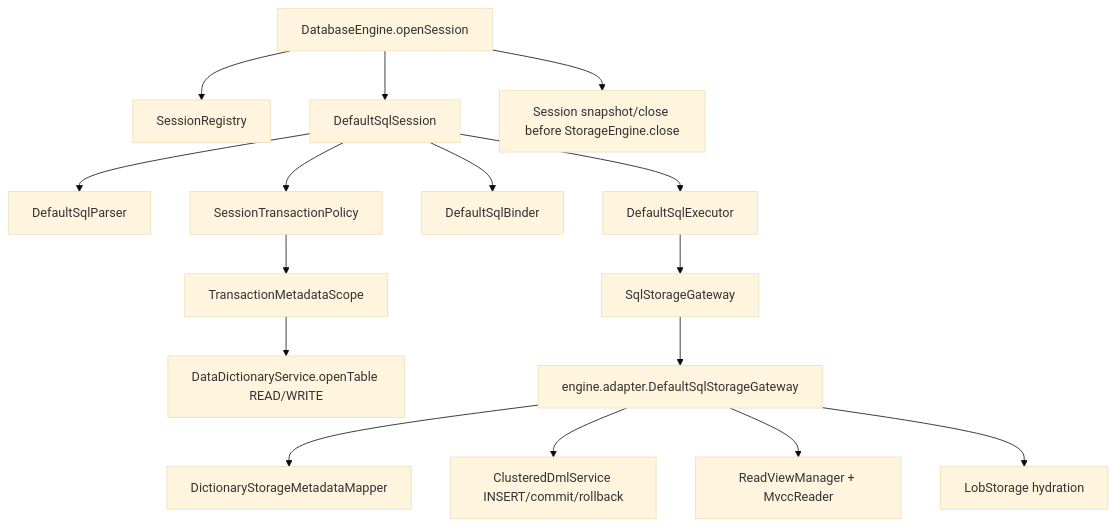
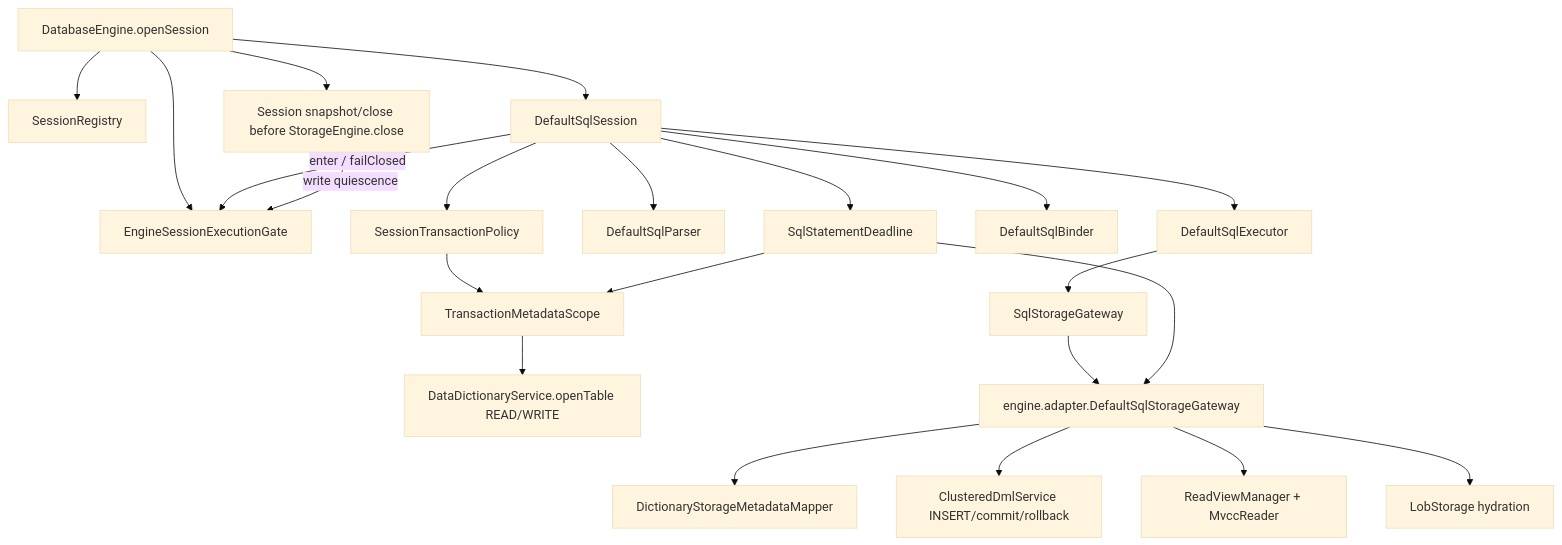
Diagram 11 of 11 in docs/design/current-implementation-map.md (mywnlb/dbtest), drawn with Mermaid (base theme) before and after one commit. The commit also changed other lines of this file and 28 other files, not shown here.

Commit message:
fix: harden SQL session lifecycle boundaries

````diff
--- a/docs/design/current-implementation-map.md
+++ b/docs/design/current-implementation-map.md
@@ -654,18 +654,24 @@
 ```mermaid
 flowchart TD
   Engine["DatabaseEngine.openSession"] --> Registry["SessionRegistry"]
   Engine --> Session["DefaultSqlSession"]
+  Engine --> Gate["EngineSessionExecutionGate"]
+  Session -->|"enter / failClosed"| Gate
+  Session --> Deadline["SqlStatementDeadline"]
   Session --> Parser["DefaultSqlParser"]
   Session --> Policy["SessionTransactionPolicy"]
   Session --> Binder["DefaultSqlBinder"]
   Session --> Executor["DefaultSqlExecutor"]
   Policy --> Metadata["TransactionMetadataScope"]
+  Deadline --> Metadata
   Metadata --> DD["DataDictionaryService.openTable READ/WRITE"]
   Executor --> Port["SqlStorageGateway"]
   Port --> Adapter["engine.adapter.DefaultSqlStorageGateway"]
+  Deadline --> Adapter
   Adapter --> Mapper["DictionaryStorageMetadataMapper"]
   Adapter --> DML["ClusteredDmlService INSERT/commit/rollback"]
   Adapter --> MVCC["ReadViewManager + MvccReader"]
   Adapter --> LOB["LobStorage hydration"]
   Engine --> Close["Session snapshot/close before StorageEngine.close"]
+  Close -->|"write quiescence"| Gate
 ```
````
